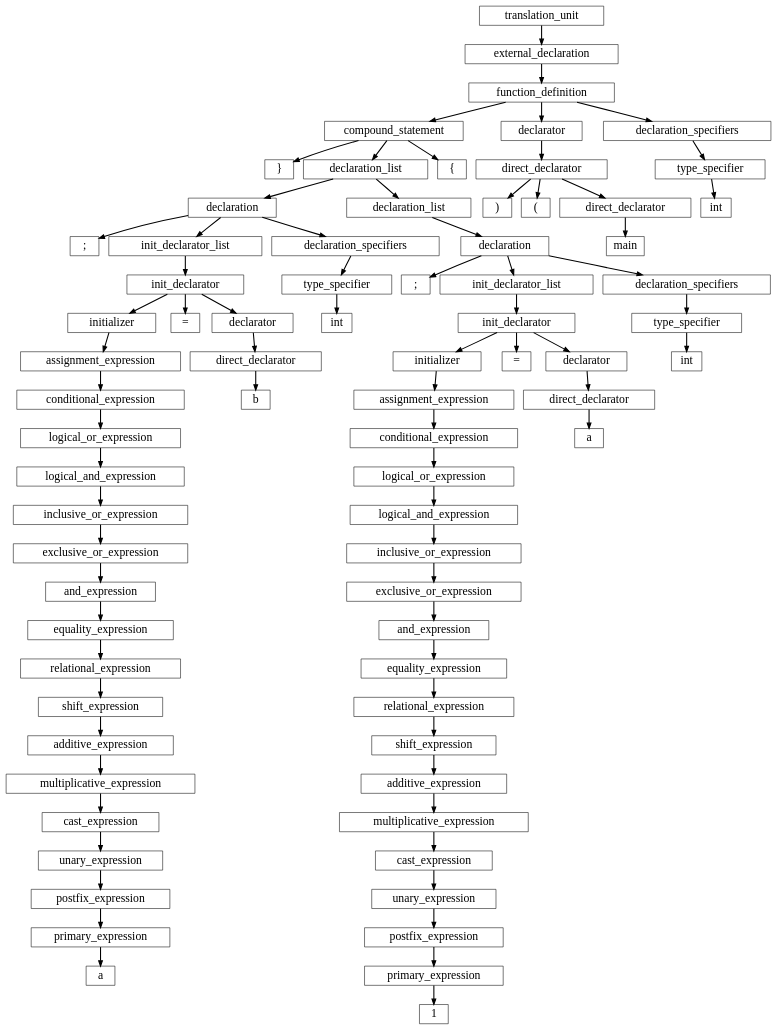
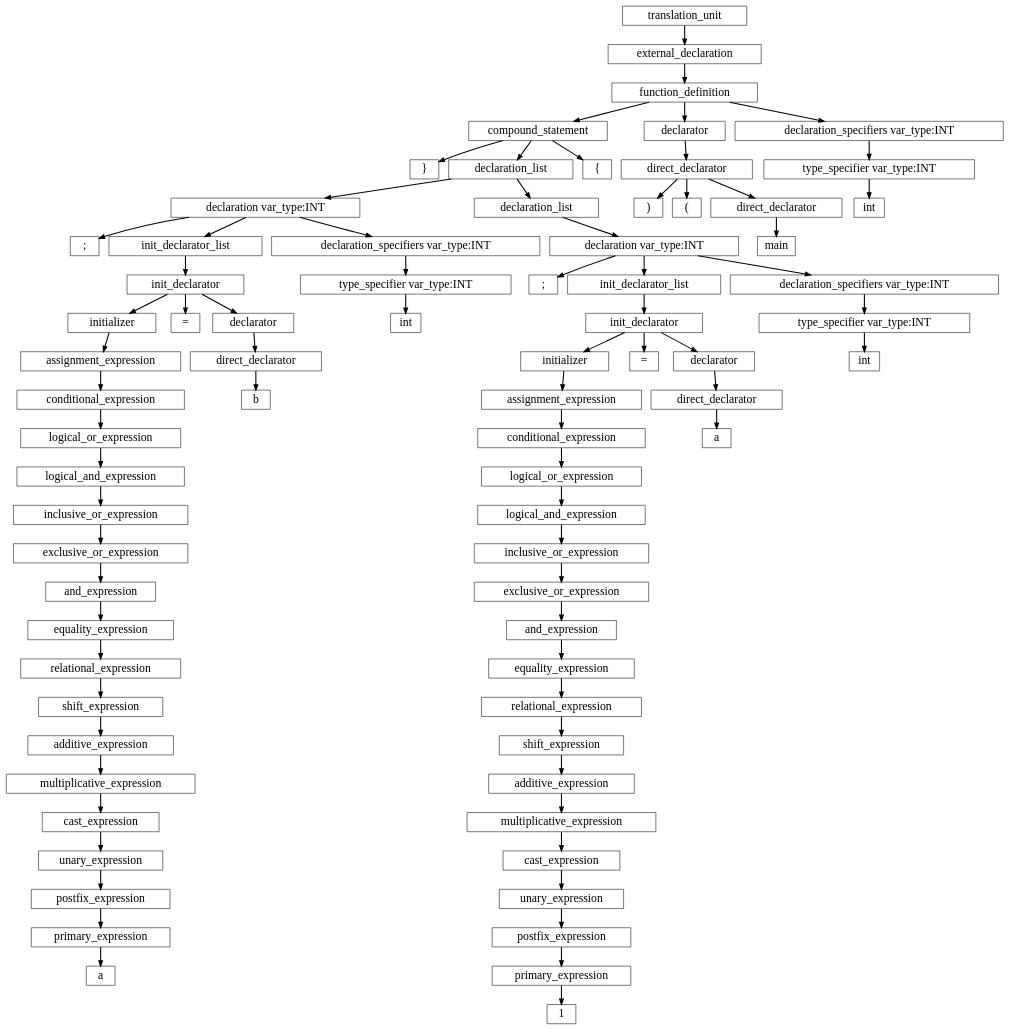
Before and after one commit to SleepinWei/compiler: the diagram in asset/tree.dot, drawn with Graphviz. The commit also changed 10 other files, not shown here.

Commit message:
A: add statement translation

```diff
--- a/asset/tree.dot
+++ b/asset/tree.dot
@@ -1,155 +1,155 @@
 digraph btree{
 size = " 50, 50"; 
 fontsize = 10; 
 node [shape=box, fontsize=22, fontname=Consolas];
 edge [style=bold]
--1039217088[label="translation_unit"];
--1039217088->-1039220224;
--1039220224[label="external_declaration"];
--1039220224->-1039215744;
--1039215744[label="function_definition"];
--1039215744->-1039219104;
--1039219104[label="compound_statement"];
--1039219104->-1039925584;
--1039925584[label="}"];
--1039219104->-1039215072;
--1039215072[label="declaration_list"];
--1039215072->-1039248448;
--1039248448[label="declaration"];
--1039248448->-1039925808;
--1039925808[label=";"];
--1039248448->-1039248672;
--1039248672[label="init_declarator_list"];
--1039248672->-1039249344;
--1039249344[label="init_declarator"];
--1039249344->-1039249568;
--1039249568[label="initializer"];
--1039249568->-1039254944;
--1039254944[label="assignment_expression"];
--1039254944->-1039251136;
--1039251136[label="conditional_expression"];
--1039251136->-1039251360;
--1039251360[label="logical_or_expression"];
--1039251360->-1039255168;
--1039255168[label="logical_and_expression"];
--1039255168->-1039253824;
--1039253824[label="inclusive_or_expression"];
--1039253824->-1039250688;
--1039250688[label="exclusive_or_expression"];
--1039250688->-1039251584;
--1039251584[label="and_expression"];
--1039251584->-1039256064;
--1039256064[label="equality_expression"];
--1039256064->-1039250016;
--1039250016[label="relational_expression"];
--1039250016->-1039251808;
--1039251808[label="shift_expression"];
--1039251808->-1039255840;
--1039255840[label="additive_expression"];
--1039255840->-1039250464;
--1039250464[label="multiplicative_expression"];
--1039250464->-1039253600;
--1039253600[label="cast_expression"];
--1039253600->-1039255392;
--1039255392[label="unary_expression"];
--1039255392->-1039255616;
--1039255616[label="postfix_expression"];
--1039255616->-1039256288;
--1039256288[label="primary_expression"];
--1039256288->-1039926256;
--1039926256[label="a"];
--1039249344->-1039926480;
--1039926480[label="="];
--1039249344->-1039254048;
--1039254048[label="declarator"];
--1039254048->-1039252704;
--1039252704[label="direct_declarator"];
--1039252704->-1039926704;
--1039926704[label="b"];
--1039248448->-1039248896;
--1039248896[label="declaration_specifiers"];
--1039248896->-1039250240;
--1039250240[label="type_specifier"];
--1039250240->-1039926928;
--1039926928[label="int"];
--1039215072->-1039249120;
--1039249120[label="declaration_list"];
--1039249120->-1039252256;
--1039252256[label="declaration"];
--1039252256->-1039927152;
--1039927152[label=";"];
--1039252256->-1039252928;
--1039252928[label="init_declarator_list"];
--1039252928->-1039254496;
--1039254496[label="init_declarator"];
--1039254496->-1039252032;
--1039252032[label="initializer"];
--1039252032->-1039253376;
--1039253376[label="assignment_expression"];
--1039253376->-1039252480;
--1039252480[label="conditional_expression"];
--1039252480->-1039254272;
--1039254272[label="logical_or_expression"];
--1039254272->-1039249792;
--1039249792[label="logical_and_expression"];
--1039249792->-1039253152;
--1039253152[label="inclusive_or_expression"];
--1039253152->-1039250912;
--1039250912[label="exclusive_or_expression"];
--1039250912->-1039254720;
--1039254720[label="and_expression"];
--1039254720->-1039282464;
--1039282464[label="equality_expression"];
--1039282464->-1039283136;
--1039283136[label="relational_expression"];
--1039283136->-1039282240;
--1039282240[label="shift_expression"];
--1039282240->-1039283584;
--1039283584[label="additive_expression"];
--1039283584->-1039284032;
--1039284032[label="multiplicative_expression"];
--1039284032->-1039284256;
--1039284256[label="cast_expression"];
--1039284256->-1039282688;
--1039282688[label="unary_expression"];
--1039282688->-1039284704;
--1039284704[label="postfix_expression"];
--1039284704->-1039285600;
--1039285600[label="primary_expression"];
--1039285600->-1039927376;
--1039927376[label="1"];
--1039254496->-1039927600;
--1039927600[label="="];
--1039254496->-1039284928;
--1039284928[label="declarator"];
--1039284928->-1039283360;
--1039283360[label="direct_declarator"];
--1039283360->-1039928848;
--1039928848[label="a"];
--1039252256->-1039282016;
--1039282016[label="declaration_specifiers"];
--1039282016->-1039285152;
--1039285152[label="type_specifier"];
--1039285152->-1040109056;
--1040109056[label="int"];
--1039219104->-1040109280;
--1040109280[label="{"];
--1039215744->-1039285376;
--1039285376[label="declarator"];
--1039285376->-1039283808;
--1039283808[label="direct_declarator"];
--1039283808->-1040109504;
--1040109504[label=")"];
--1039283808->-1040102464;
--1040102464[label="("];
--1039283808->-1039282912;
--1039282912[label="direct_declarator"];
--1039282912->-1040102688;
--1040102688[label="main"];
--1039215744->-1039284480;
--1039284480[label="declaration_specifiers"];
--1039284480->-1039601600;
--1039601600[label="type_specifier"];
--1039601600->-1040022432;
--1040022432[label="int"];
+689267376[label="translation_unit"];
+689267376->613069392;
+613069392[label="external_declaration"];
+613069392->613069120;
+613069120[label="function_definition"];
+613069120->613068576;
+613068576[label="compound_statement"];
+613068576->612443824;
+612443824[label="}"];
+613068576->613067760;
+613067760[label="declaration_list"];
+613067760->613069936;
+613069936[label="declaration var_type:INT "];
+613069936->612439744;
+612439744[label=";"];
+613069936->613068032;
+613068032[label="init_declarator_list"];
+613068032->613068304;
+613068304[label="init_declarator"];
+613068304->613068848;
+613068848[label="initializer"];
+613068848->613067216;
+613067216[label="assignment_expression"];
+613067216->613067488;
+613067488[label="conditional_expression"];
+613067488->613070208;
+613070208[label="logical_or_expression"];
+613070208->613066944;
+613066944[label="logical_and_expression"];
+613066944->613069664;
+613069664[label="inclusive_or_expression"];
+613069664->613070480;
+613070480[label="exclusive_or_expression"];
+613070480->613079264;
+613079264[label="and_expression"];
+613079264->613086880;
+613086880[label="equality_expression"];
+613086880->613085792;
+613085792[label="relational_expression"];
+613085792->613085520;
+613085520[label="shift_expression"];
+613085520->613085248;
+613085248[label="additive_expression"];
+613085248->613080080;
+613080080[label="multiplicative_expression"];
+613080080->613082256;
+613082256[label="cast_expression"];
+613082256->613082800;
+613082800[label="unary_expression"];
+613082800->613086608;
+613086608[label="postfix_expression"];
+613086608->613081984;
+613081984[label="primary_expression"];
+613081984->612437840;
+612437840[label="a"];
+613068304->612443552;
+612443552[label="="];
+613068304->613084704;
+613084704[label="declarator"];
+613084704->613086064;
+613086064[label="direct_declarator"];
+613086064->612436480;
+612436480[label="b"];
+613069936->613083888;
+613083888[label="declaration_specifiers var_type:INT "];
+613083888->613084976;
+613084976[label="type_specifier var_type:INT "];
+613084976->612436752;
+612436752[label="int"];
+613067760->613081712;
+613081712[label="declaration_list"];
+613081712->613083344;
+613083344[label="declaration var_type:INT "];
+613083344->612437568;
+612437568[label=";"];
+613083344->613081440;
+613081440[label="init_declarator_list"];
+613081440->613081168;
+613081168[label="init_declarator"];
+613081168->613083072;
+613083072[label="initializer"];
+613083072->613080896;
+613080896[label="assignment_expression"];
+613080896->613080352;
+613080352[label="conditional_expression"];
+613080352->613079536;
+613079536[label="logical_or_expression"];
+613079536->613084432;
+613084432[label="logical_and_expression"];
+613084432->613086336;
+613086336[label="inclusive_or_expression"];
+613086336->613079808;
+613079808[label="exclusive_or_expression"];
+613079808->613084160;
+613084160[label="and_expression"];
+613084160->613083616;
+613083616[label="equality_expression"];
+613083616->613082528;
+613082528[label="relational_expression"];
+613082528->613080624;
+613080624[label="shift_expression"];
+613080624->612441376;
+612441376[label="additive_expression"];
+612441376->612441104;
+612441104[label="multiplicative_expression"];
+612441104->612440832;
+612440832[label="cast_expression"];
+612440832->612442464;
+612442464[label="unary_expression"];
+612442464->612438928;
+612438928[label="postfix_expression"];
+612438928->612438656;
+612438656[label="primary_expression"];
+612438656->612441648;
+612441648[label="1"];
+613081168->612439472;
+612439472[label="="];
+613081168->612442192;
+612442192[label="declarator"];
+612442192->612440560;
+612440560[label="direct_declarator"];
+612440560->612443280;
+612443280[label="a"];
+613083344->612443008;
+612443008[label="declaration_specifiers var_type:INT "];
+612443008->612440288;
+612440288[label="type_specifier var_type:INT "];
+612440288->612437296;
+612437296[label="int"];
+613068576->612442736;
+612442736[label="{"];
+613069120->612441920;
+612441920[label="declarator"];
+612441920->612438384;
+612438384[label="direct_declarator"];
+612438384->612437024;
+612437024[label=")"];
+612438384->612338864;
+612338864[label="("];
+612438384->612438112;
+612438112[label="direct_declarator"];
+612438112->612337232;
+612337232[label="main"];
+613069120->612444096;
+612444096[label="declaration_specifiers var_type:INT "];
+612444096->612439200;
+612439200[label="type_specifier var_type:INT "];
+612439200->612338592;
+612338592[label="int"];
 }
```
